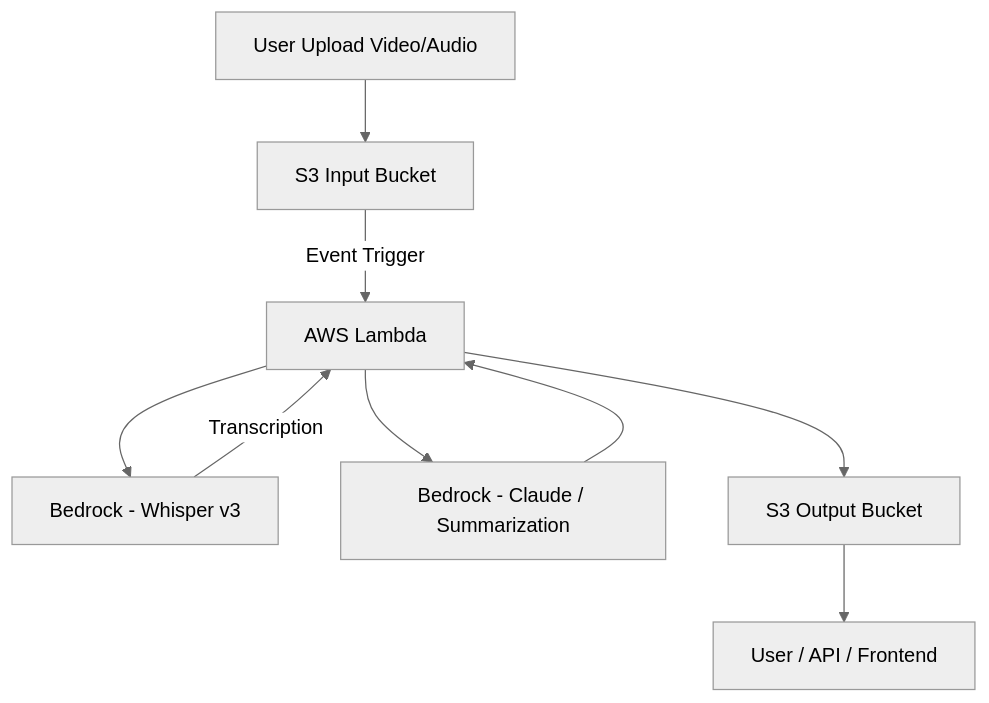
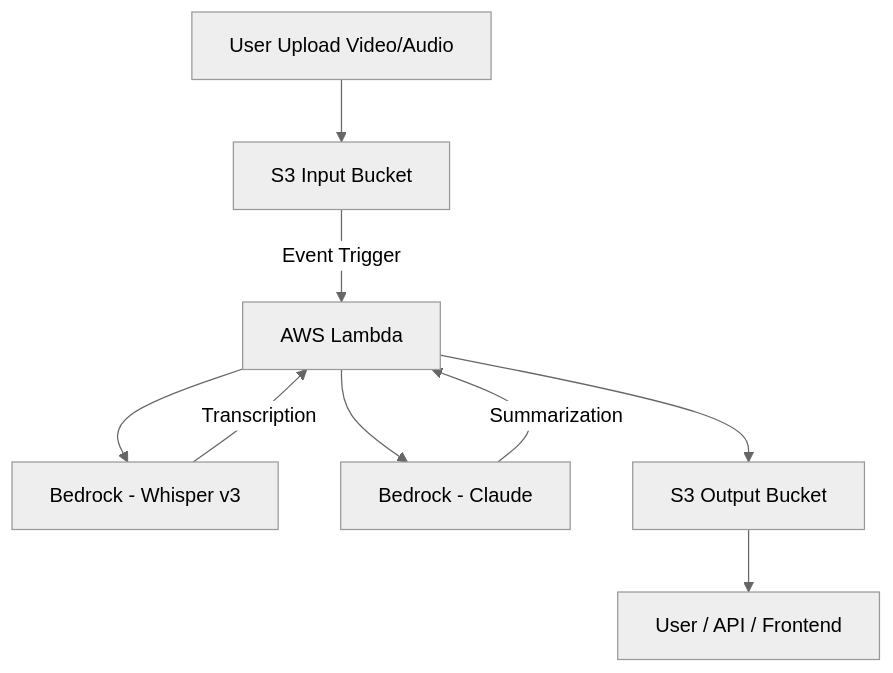
One commit to ariefjuharza/video-highlight-generator changed the diagram in docs/architecture.md. Above: the diagram before and after it, drawn with Mermaid (neutral theme).

````diff
--- a/docs/architecture.md
+++ b/docs/architecture.md
@@ -45,11 +45,11 @@
 ```mermaid
 flowchart TD
     A[User Upload Video/Audio] --> B[S3 Input Bucket]
     B -->|Event Trigger| C[AWS Lambda]
     C --> D[Bedrock - Whisper v3]
     D -->|Transcription| C
-    C --> E[Bedrock - Claude / Summarization]
-    E --> C
+    C --> E[Bedrock - Claude]
+    E -->|Summarization| C
     C --> F[S3 Output Bucket]
     F --> G[User / API / Frontend]
 ```
````
